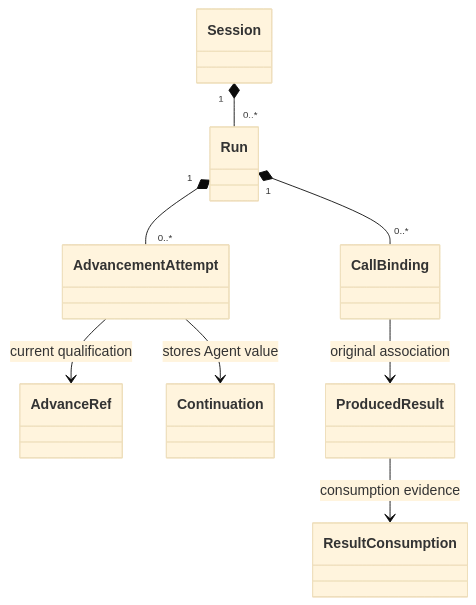
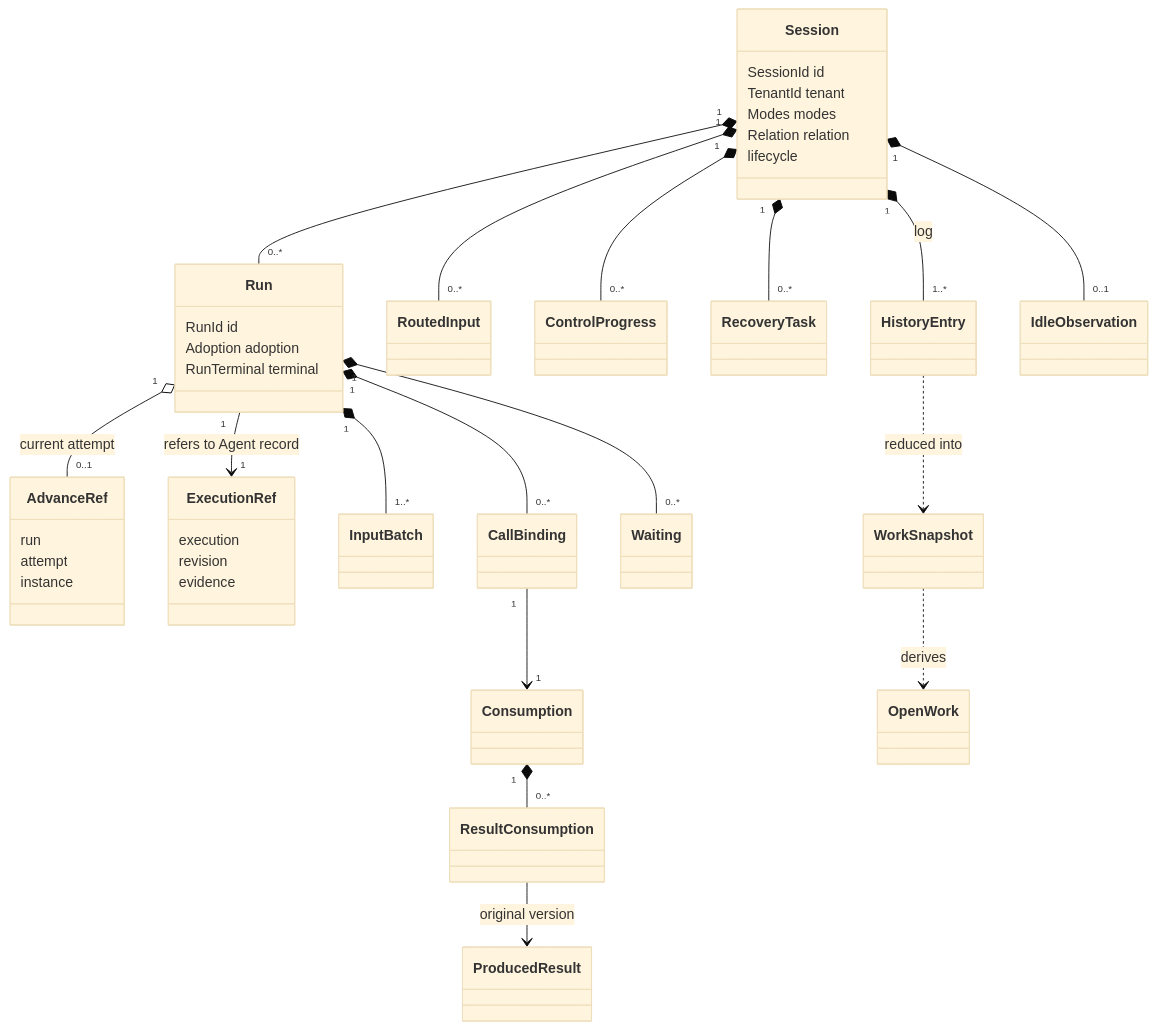
One commit to nemori-ai/omne-harness-lite changed the diagram in packages/session/session-contract/docs/object-model/README.md. Above: the diagram before and after it, drawn with Mermaid (base theme). The commit also changed other lines of this file and 13 other files, not shown here.

````diff
--- a/packages/session/session-contract/docs/object-model/README.md
+++ b/packages/session/session-contract/docs/object-model/README.md
@@ -18,10 +82,41 @@
 ```mermaid
 classDiagram
+  class Session {
+    SessionId id
+    TenantId tenant
+    Modes modes
+    Relation relation
+    lifecycle
+  }
+  class Run {
+    RunId id
+    Adoption adoption
+    RunTerminal terminal
+  }
+  class AdvanceRef {
+    run
+    attempt
+    instance
+  }
+  class ExecutionRef {
+    execution
+    revision
+    evidence
+  }
   Session "1" *-- "0..*" Run
-  Run "1" *-- "0..*" AdvancementAttempt
+  Session "1" *-- "0..*" RoutedInput
+  Session "1" *-- "0..*" ControlProgress
+  Session "1" *-- "0..*" RecoveryTask
+  Session "1" *-- "1..*" HistoryEntry : log
+  Session "1" *-- "0..1" IdleObservation
+  Run "1" *-- "1..*" InputBatch
+  Run "1" o-- "0..1" AdvanceRef : current attempt
+  Run "1" --> "1" ExecutionRef : refers to Agent record
   Run "1" *-- "0..*" CallBinding
-  AdvancementAttempt --> AdvanceRef : current qualification
-  CallBinding --> ProducedResult : original association
-  ProducedResult --> ResultConsumption : consumption evidence
-  AdvancementAttempt --> Continuation : stores Agent value
+  Run "1" *-- "0..*" Waiting
+  CallBinding "1" --> "1" Consumption
+  Consumption "1" *-- "0..*" ResultConsumption
+  ResultConsumption --> ProducedResult : original version
+  HistoryEntry ..> WorkSnapshot : reduced into
+  WorkSnapshot ..> OpenWork : derives
 ```
````
